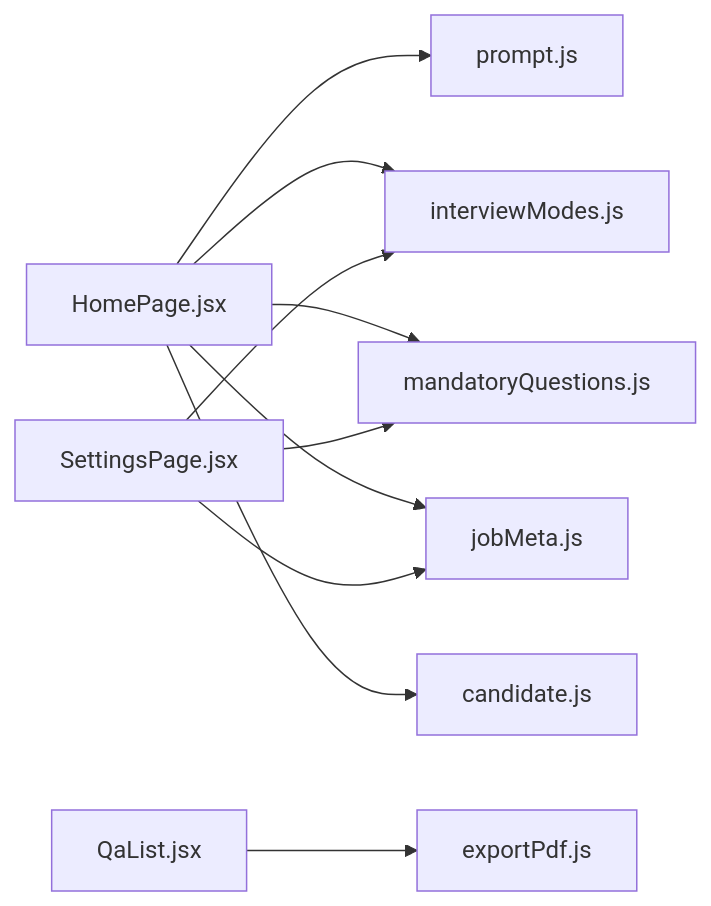
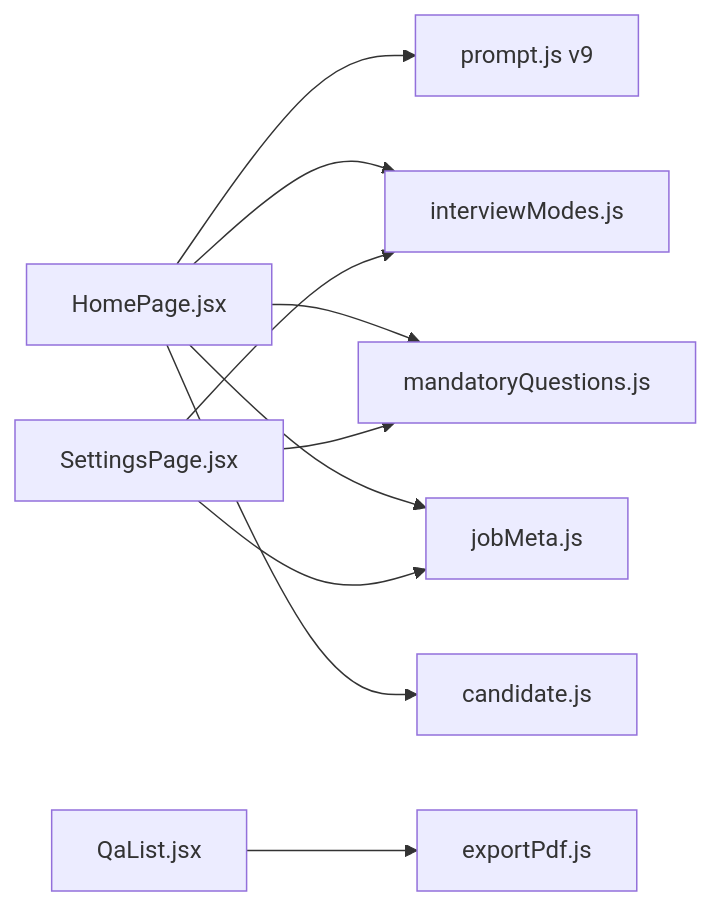
The sixth of 6 diagrams in .qoder/repowiki/en/content/Core Features/Interview Question Generator/Interview Question Generator.md (zmyeo54/briefroom), drawn with Mermaid before and after one commit. The commit also changed other lines of this file and 42 other files, not shown here.

````diff
--- a/.qoder/repowiki/en/content/Core Features/Interview Question Generator/Interview Question Generator.md
+++ b/.qoder/repowiki/en/content/Core Features/Interview Question Generator/Interview Question Generator.md
@@ -337,12 +361,12 @@
 ```mermaid
 graph LR
-HP["HomePage.jsx"] --> PR["prompt.js"]
+HP["HomePage.jsx"] --> PR["prompt.js v9"]
 HP --> IM["interviewModes.js"]
 HP --> MQ["mandatoryQuestions.js"]
 HP --> JM["jobMeta.js"]
 HP --> CD["candidate.js"]
 QL["QaList.jsx"] --> EP["exportPdf.js"]
 SP["SettingsPage.jsx"] --> MQ
 SP --> IM
 SP --> JM
 ```
````
